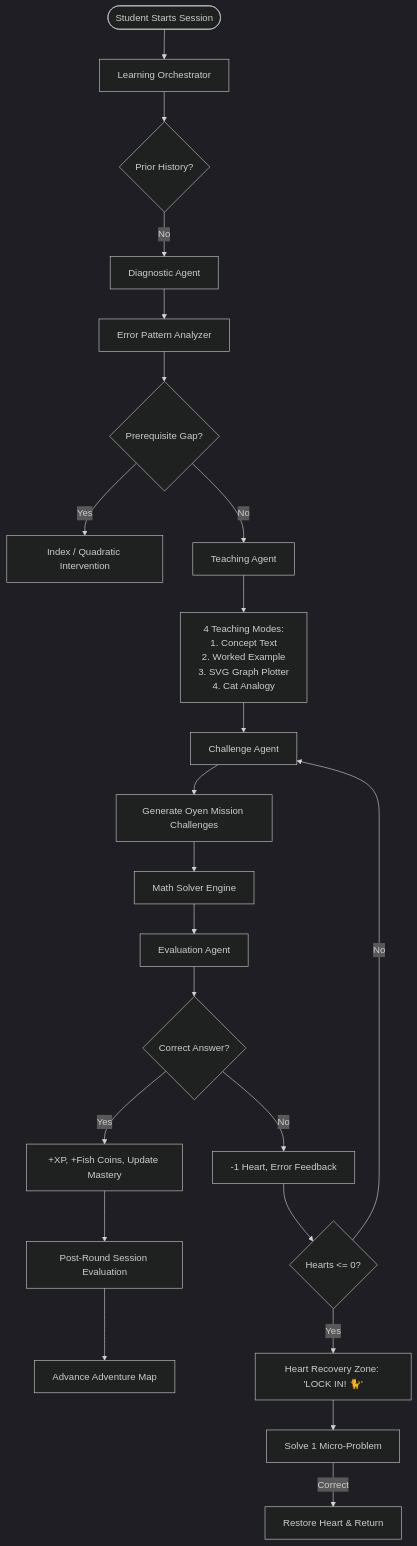
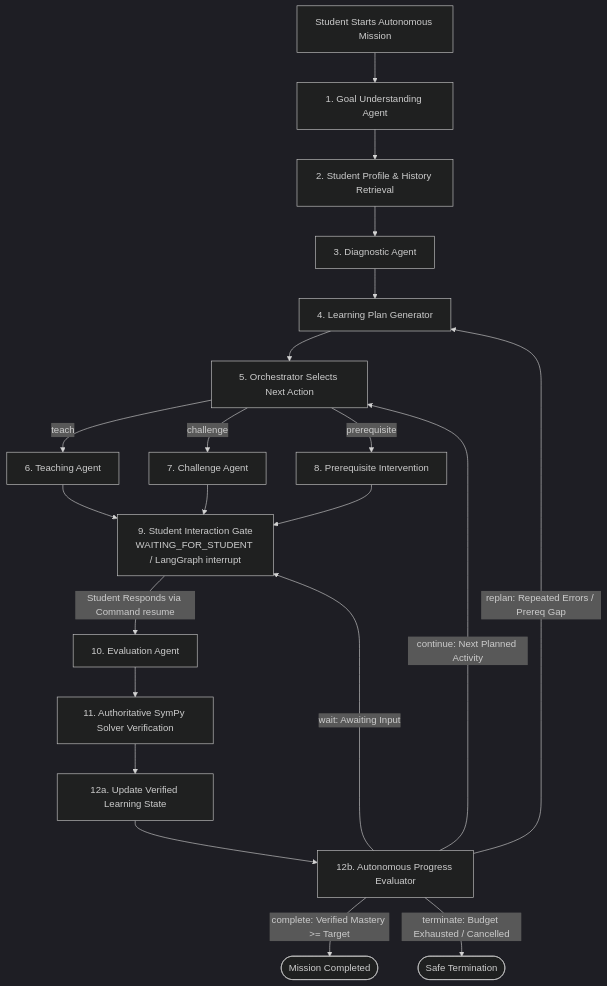
One commit to TanSuChin/OyenMath changed the second of 2 diagrams in README.md. Above: the diagram before and after it, drawn with Mermaid (dark theme). The commit also changed other lines of this file and 34 other files, not shown here.

Commit message:
feat: implement 12-node autonomous LangGraph agentic learning platform and frontend UI

````diff
--- a/README.md
+++ b/README.md
@@ -59,30 +49,23 @@
 ```mermaid
 flowchart TD
-    Start([Student Starts Session]) --> Orchestrator[Learning Orchestrator]
-    Orchestrator --> DiagCheck{Prior History?}
-    DiagCheck -- No --> DiagAgent[Diagnostic Agent]
-    DiagAgent --> MisconceptionAnalysis[Error Pattern Analyzer]
-    MisconceptionAnalysis --> PrereqRouter{Prerequisite Gap?}
-    PrereqRouter -- Yes --> PrereqIntervention[Index / Quadratic Intervention]
-    PrereqRouter -- No --> TeachingAgent[Teaching Agent]
-    
-    TeachingAgent --> MultimodalInstruction[4 Teaching Modes:\n1. Concept Text\n2. Worked Example\n3. SVG Graph Plotter\n4. Cat Analogy]
-    MultimodalInstruction --> ChallengeAgent[Challenge Agent]
-    ChallengeAgent --> DynamicMissions[Generate Oyen Mission Challenges]
-    DynamicMissions --> MathSolver[Math Solver Engine]
-    MathSolver --> EvaluationAgent[Evaluation Agent]
-    
-    EvaluationAgent --> HeartCheck{Correct Answer?}
-    HeartCheck -- Yes --> RewardNode[+XP, +Fish Coins, Update Mastery]
-    HeartCheck -- No --> HeartDeduct[-1 Heart, Error Feedback]
-    
-    HeartDeduct --> ZeroHearts{Hearts <= 0?}
-    ZeroHearts -- Yes --> RecoveryZone[Heart Recovery Zone: 'LOCK IN! 🐈']
-    ZeroHearts -- No --> ChallengeAgent
-    
-    RecoveryZone --> RecoveryExercise[Solve 1 Micro-Problem]
-    RecoveryExercise -- Correct --> RestoreHeart[Restore Heart & Return]
-    
-    RewardNode --> SessionEvaluation[Post-Round Session Evaluation]
-    SessionEvaluation --> NextChapter[Advance Adventure Map]
+    A[Student Starts Autonomous Mission] --> B[1. Goal Understanding Agent]
+    B --> C[2. Student Profile & History Retrieval]
+    C --> D[3. Diagnostic Agent]
+    D --> E[4. Learning Plan Generator]
+    E --> F[5. Orchestrator Selects Next Action]
+    F -->|teach| G[6. Teaching Agent]
+    F -->|challenge| H[7. Challenge Agent]
+    F -->|prerequisite| I[8. Prerequisite Intervention]
+    G --> J[9. Student Interaction Gate\nWAITING_FOR_STUDENT / LangGraph interrupt]
+    H --> J
+    I --> J
+    J -->|Student Responds via Command resume| K[10. Evaluation Agent]
+    K --> L[11. Authoritative SymPy Solver Verification]
+    L --> M[12a. Update Verified Learning State]
+    M --> N[12b. Autonomous Progress Evaluator]
+    N -->|replan: Repeated Errors / Prereq Gap| E
+    N -->|continue: Next Planned Activity| F
+    N -->|wait: Awaiting Input| J
+    N -->|complete: Verified Mastery >= Target| R([Mission Completed])
+    N -->|terminate: Budget Exhausted / Cancelled| S([Safe Termination])
 ```
````
